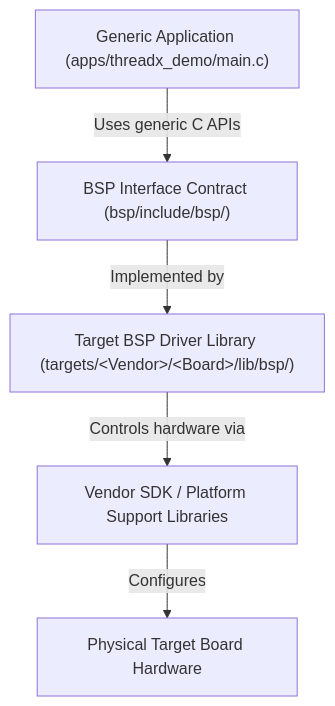
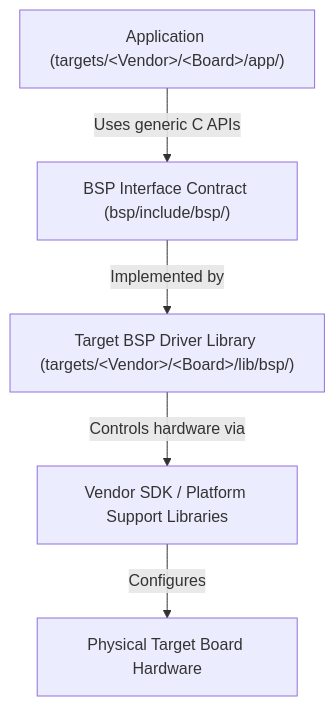
Before and after one commit to Eclipse-SDV-Hackathon-Chapter-Four/Six_In_Sync: the diagram in templates/target/README.md, drawn with Mermaid. The commit also changed other lines of this file and 6 other files, not shown here.

````diff
--- a/templates/target/README.md
+++ b/templates/target/README.md
@@ -17,13 +17,13 @@
 ```mermaid
 flowchart TD
-    App["Generic Application (apps/threadx_demo/main.c)"]
+    App["Application (targets/&lt;Vendor&gt;/&lt;Board&gt;/app/)"]
     BSP_API["BSP Interface Contract (bsp/include/bsp/)"]
     Target_BSP["Target BSP Driver Library (targets/&lt;Vendor&gt;/&lt;Board&gt;/lib/bsp/)"]
     Vendor_SDK["Vendor SDK / Platform Support Libraries"]
     Hardware["Physical Target Board Hardware"]
 
     App -->|Uses generic C APIs| BSP_API
     BSP_API -->|Implemented by| Target_BSP
     Target_BSP -->|Controls hardware via| Vendor_SDK
     Vendor_SDK -->|Configures| Hardware
 ```
````
